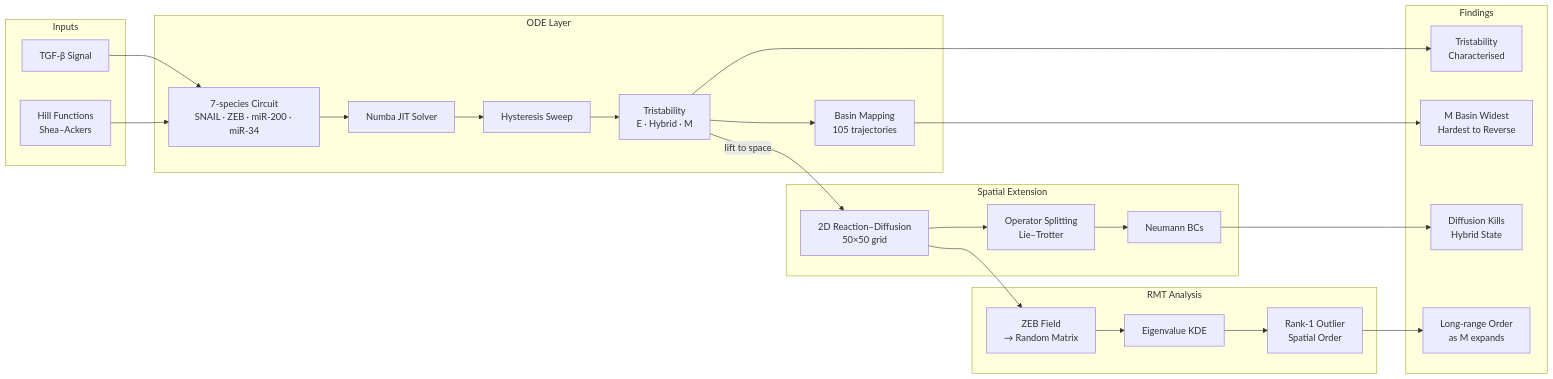
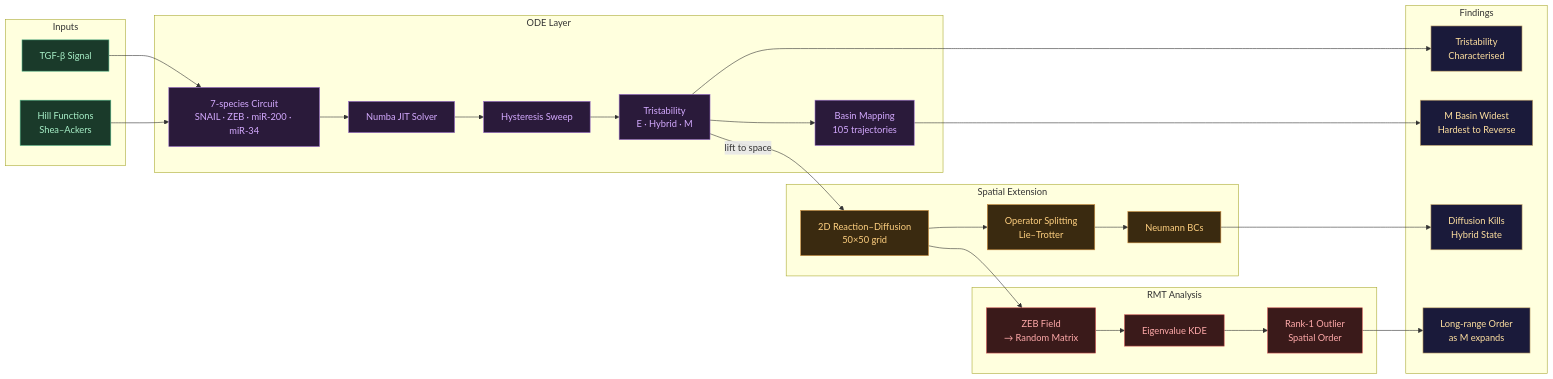
Before and after one commit to vajadiye-gif/vajadiye-gif: the diagram in README.md, drawn with Mermaid. The commit also changed other lines of this file, not shown here.

````diff
--- a/README.md
+++ b/README.md
@@ -101,45 +98,53 @@
 ```mermaid
 flowchart LR
     subgraph IN ["Inputs"]
         I1["TGF-β Signal"]
         I2["Hill Functions\nShea–Ackers"]
     end
-
     subgraph ODE ["ODE Layer"]
         O1["7-species Circuit\nSNAIL · ZEB · miR-200 · miR-34"]
         O2["Numba JIT Solver"]
         O3["Hysteresis Sweep"]
         O4["Tristability\nE · Hybrid · M"]
         O5["Basin Mapping\n105 trajectories"]
     end
-
     subgraph PDE ["Spatial Extension"]
         P1["2D Reaction–Diffusion\n50×50 grid"]
         P2["Operator Splitting\nLie–Trotter"]
         P3["Neumann BCs"]
     end
-
     subgraph RMT ["RMT Analysis"]
         R1["ZEB Field\n→ Random Matrix"]
         R2["Eigenvalue KDE"]
         R3["Rank-1 Outlier\nSpatial Order"]
     end
-
     subgraph OUT ["Findings"]
         F1["Tristability\nCharacterised"]
         F2["M Basin Widest\nHardest to Reverse"]
         F3["Diffusion Kills\nHybrid State"]
         F4["Long-range Order\nas M expands"]
     end
 
     I1 --> O1
     I2 --> O1
     O1 --> O2 --> O3 --> O4
     O4 --> O5
     O4 -->|lift to space| P1
     P1 --> P2 --> P3
     O4 --> F1
     O5 --> F2
     P3 --> F3
     P1 --> R1 --> R2 --> R3 --> F4
+
+    classDef input  fill:#1a3a2a,stroke:#4caf82,color:#a8f0c8
+    classDef ode    fill:#2a1a3a,stroke:#9c6fcc,color:#d4aaff
+    classDef pde    fill:#3a2a10,stroke:#cc8c3a,color:#ffd080
+    classDef rmt    fill:#3a1a1a,stroke:#cc4f4f,color:#ffaaaa
+    classDef out    fill:#1a1a3a,stroke:#c8a96e,color:#ffe0a0
+
+    class I1,I2 input
+    class O1,O2,O3,O4,O5 ode
+    class P1,P2,P3 pde
+    class R1,R2,R3 rmt
+    class F1,F2,F3,F4 out
 ```
````
